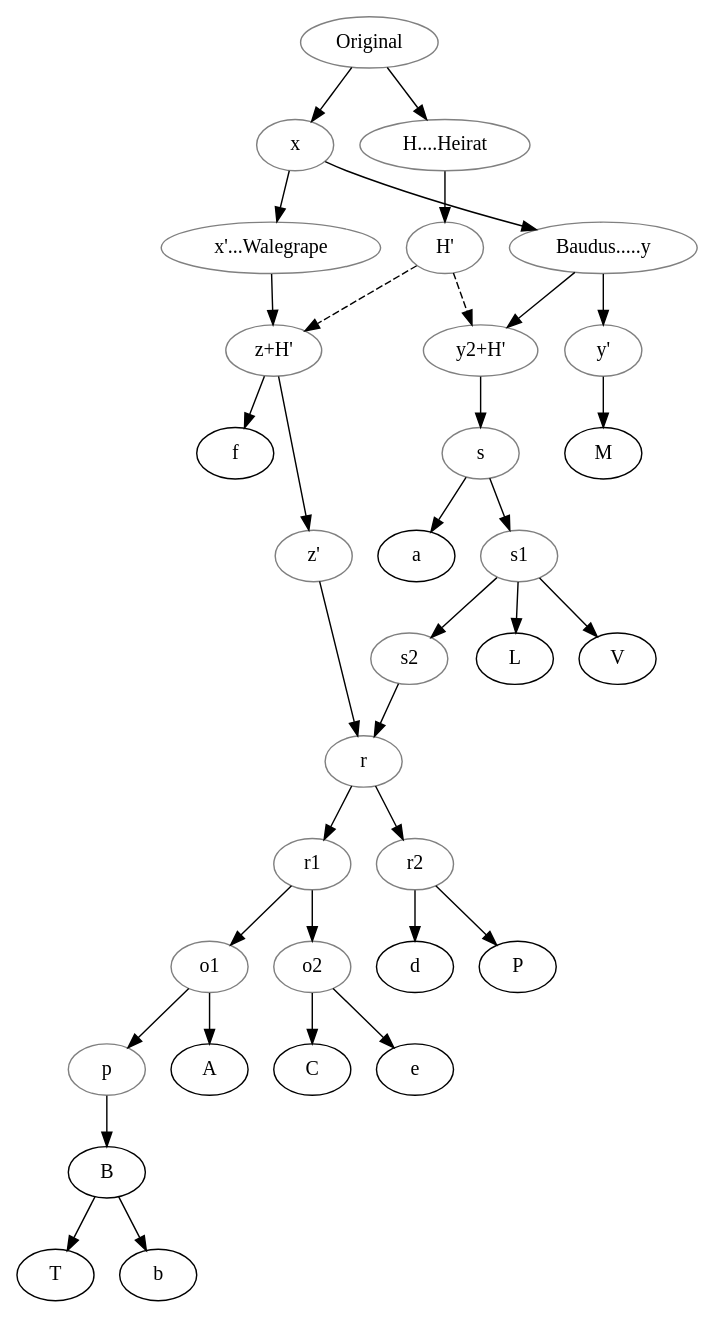
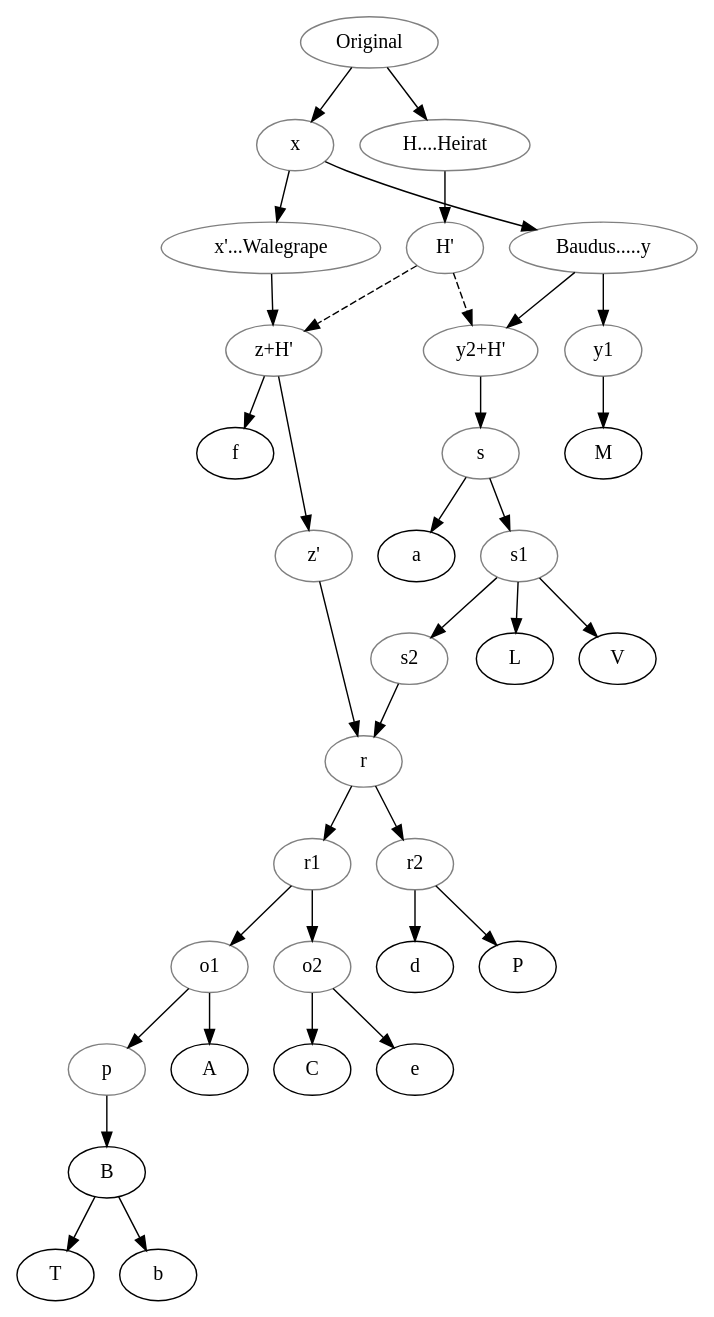
Before and after one commit to OpenStemmata/database: the diagram in data/fro/Rolin_1897_Aliscans2-Rainouart/stemma.gv, drawn with Graphviz. The commit also changed 7 other files, not shown here.

```diff
--- a/data/fro/Rolin_1897_Aliscans2-Rainouart/stemma.gv
+++ b/data/fro/Rolin_1897_Aliscans2-Rainouart/stemma.gv
@@ -1,58 +1,58 @@
 digraph {
 
 Original[color="grey"];
 x[color="grey"];
 y[label="Baudus.....y", color="grey"];
-yprime[label="y'", color="grey"];
+y1[label="y1", color="grey"];
 ysec[label="y2+H'", color="grey"]
 xprime[label="x'...Walegrape", color="grey"];
 z[label="z+H'", color="grey"];
 zprime[label="z'", color="grey"];
 H[label="H....Heirat", color="grey"];
 Hprime[label="H'", color="grey"];
 r[color="grey"]
 r1[color="grey"]
 r2[color="grey"]
 o1[color="grey"]
 o2[color="grey"]
 p[color="grey"]
 s[color="grey"]
 s1[color="grey"]
 s2[color="grey"]
 
 Original->x;
 x->y;
-y->yprime;
-yprime->M;
+y->y1;
+y1->M;
 y->ysec;
 ysec->s;
 s->s1;
 s1->L;
 s1->s2;
 s2->r;
 r->r1;
 r1->o2;
 o2->C;
 o2->e;
 r1->o1;
 o1->A;
 o1->p;
 p->B;
 B->T;
 B->b;
 r->r2;
 r2->d;
 r2->P;
 s1->V;
 s->a;
 x->xprime;
 xprime->z;
 z->zprime;
 zprime->r
 z->f;
 Original->H;
 H->Hprime;
 Hprime->ysec[style="dashed"];
 Hprime->z[style="dashed"];
 
 }
```
